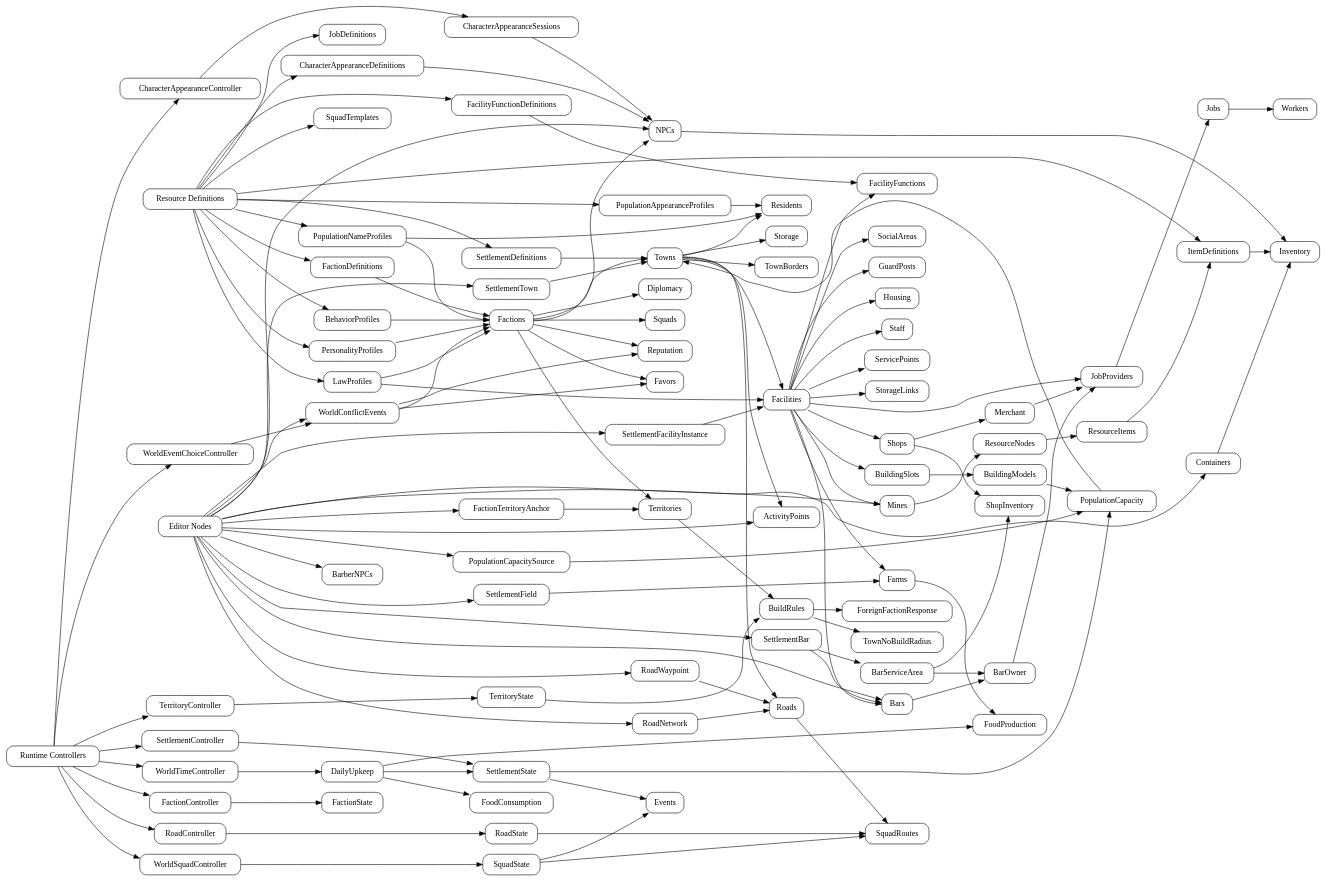
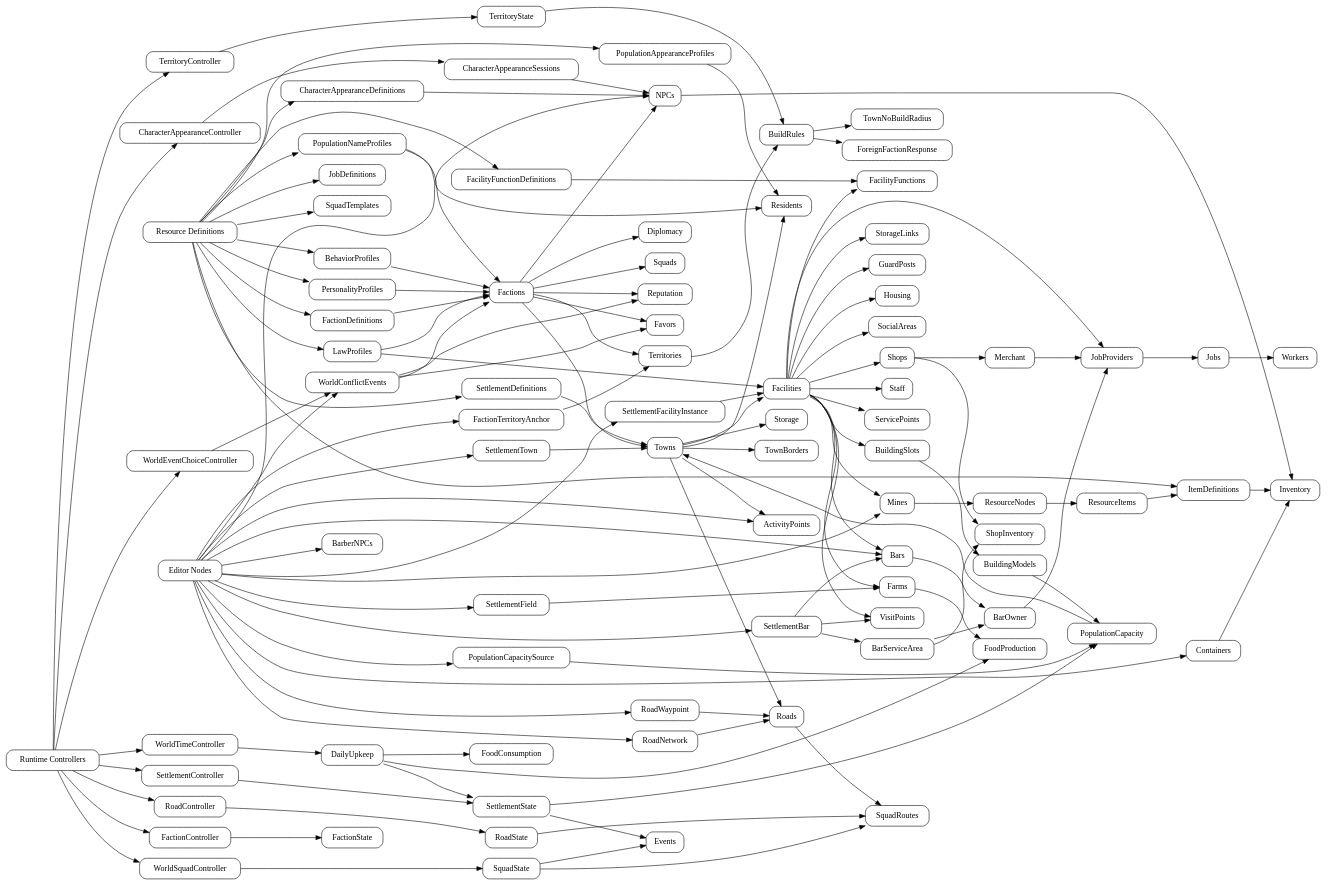
One commit to dustinc555/mygame changed the diagram in architecture/game-data.md. Above: the diagram before and after it, drawn with Graphviz. The commit also changed other lines of this file and 20 other files, not shown here.

```diff
--- a/architecture/game-data.md
+++ b/architecture/game-data.md
@@ -93,6 +93,7 @@
   Facilities -> ServicePoints;
   Facilities -> JobProviders;
   Facilities -> StorageLinks;
+  Facilities -> VisitPoints;
   Facilities -> Farms;
   Facilities -> Bars;
   Facilities -> Shops;
@@ -102,6 +103,7 @@
   Facilities -> SocialAreas;
   SettlementBar -> Bars;
   SettlementBar -> BarServiceArea;
+  SettlementBar -> VisitPoints;
   SettlementField -> Farms;
   BuildingSlots -> BuildingModels;
   BuildingModels -> PopulationCapacity;
```
